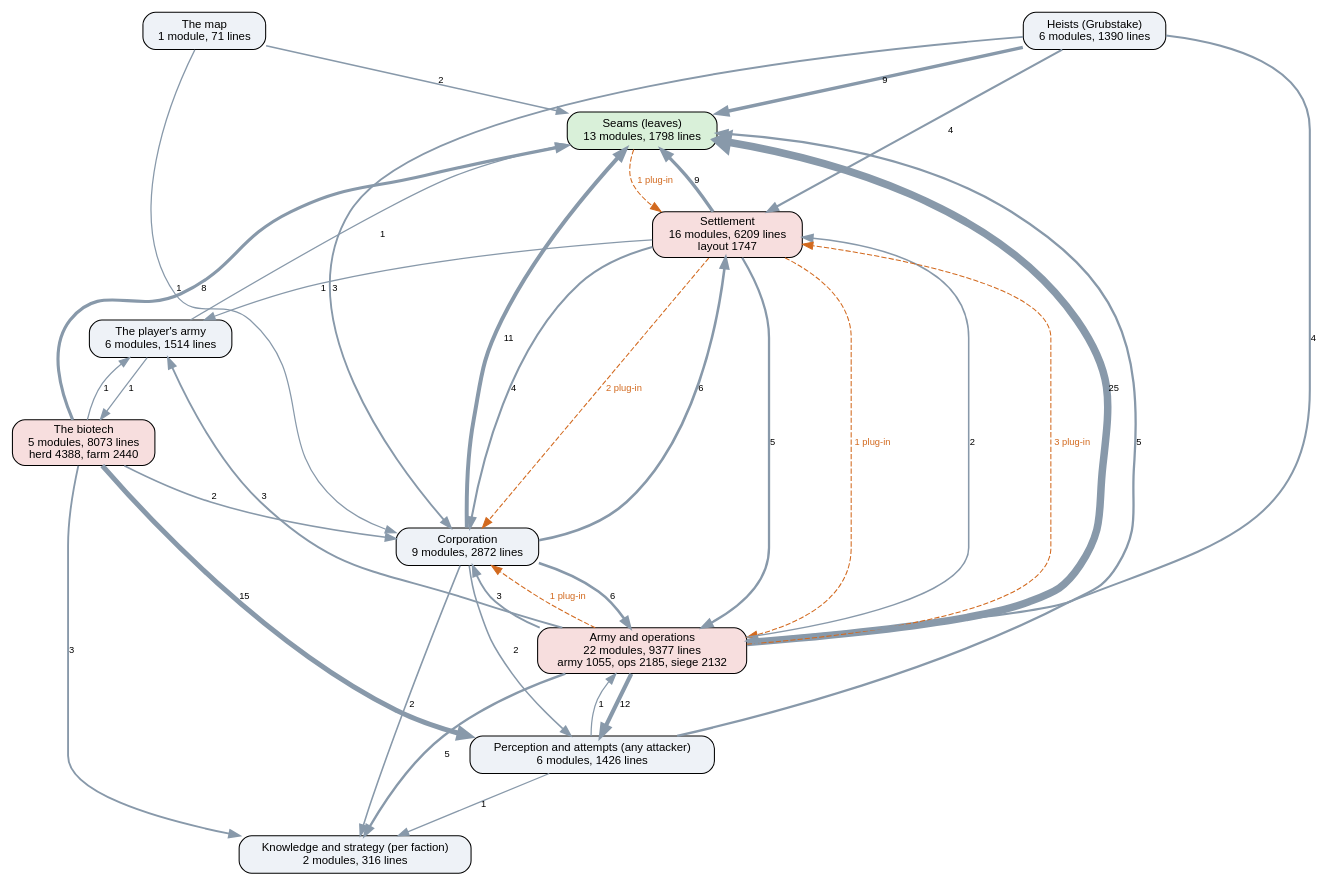
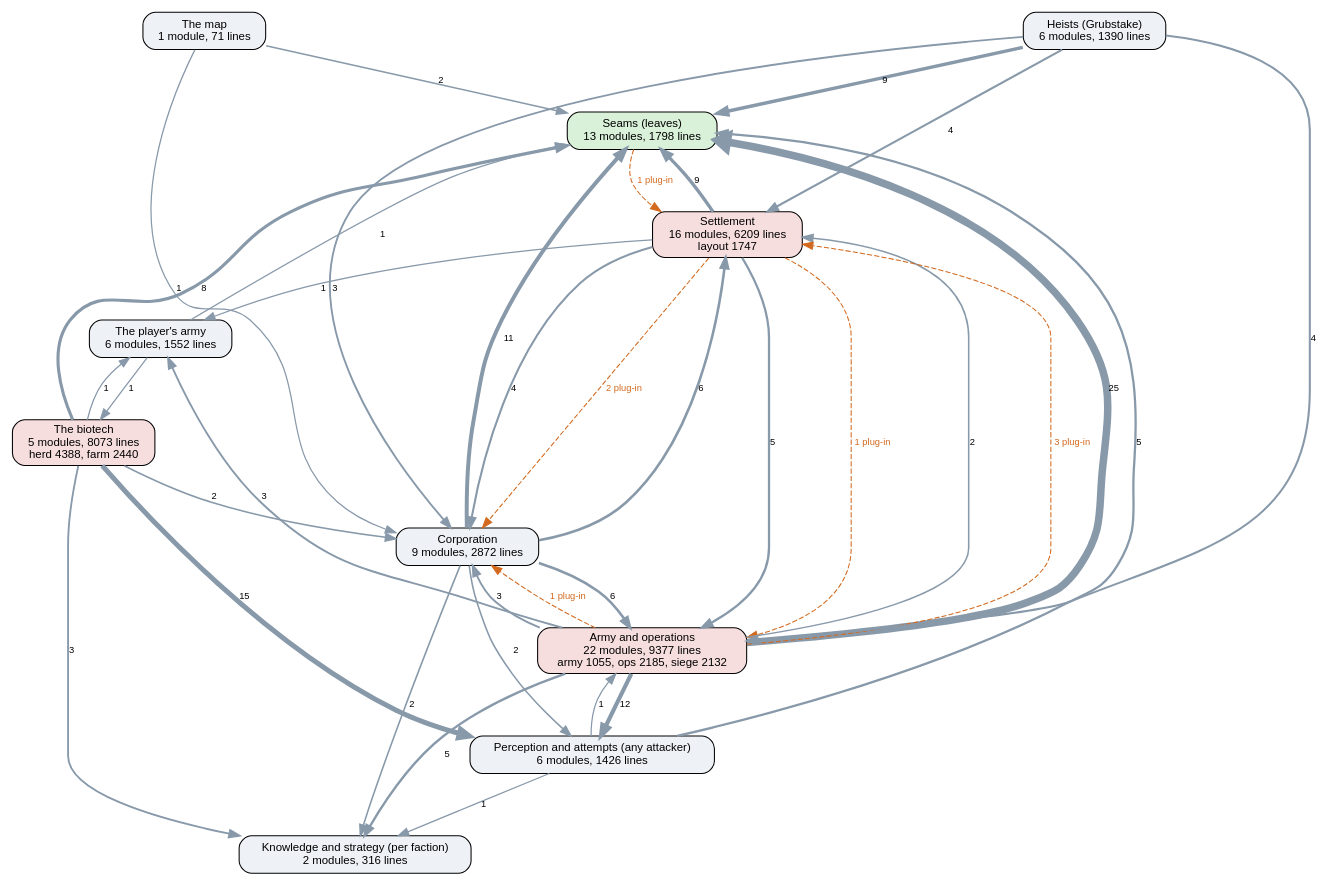
One commit to kinelhu/landing-party changed the diagram in docs/ai-layers.dot. Above: the diagram before and after it, drawn with Graphviz. The commit also changed 12 other files, not shown here.

First line of the commit message:
0.2.340: a selected unit's bar moves on the hit (the player's unit names in the damage filter; seen failing with the hook off); the army panel's All and Idle buttons (scenario cards: 37 and 37, 0 idle after an order)

```diff
--- a/docs/ai-layers.dot
+++ b/docs/ai-layers.dot
@@ -1,51 +1,51 @@
 digraph layers {
   graph [rankdir=TB, fontname="Helvetica", nodesep=0.5, ranksep=0.7];
   node [shape=box, style="rounded,filled", fontname="Helvetica", fontsize=11, fillcolor="#eef2f7"];
   edge [color="#8899aa", fontname="Helvetica", fontsize=9];
   "Seams (leaves)" [label="Seams (leaves)\n13 modules, 1798 lines", fillcolor="#d9f0d9"];
   "Perception and attempts (any attacker)" [label="Perception and attempts (any attacker)\n6 modules, 1426 lines", fillcolor="#eef2f7"];
   "Knowledge and strategy (per faction)" [label="Knowledge and strategy (per faction)\n2 modules, 316 lines", fillcolor="#eef2f7"];
   "Corporation" [label="Corporation\n9 modules, 2872 lines", fillcolor="#eef2f7"];
   "Settlement" [label="Settlement\n16 modules, 6209 lines\nlayout 1747", fillcolor="#f7dede"];
   "Army and operations" [label="Army and operations\n22 modules, 9377 lines\narmy 1055, ops 2185, siege 2132", fillcolor="#f7dede"];
   "Heists (Grubstake)" [label="Heists (Grubstake)\n6 modules, 1390 lines", fillcolor="#eef2f7"];
   "The biotech" [label="The biotech\n5 modules, 8073 lines\nherd 4388, farm 2440", fillcolor="#f7dede"];
   "The map" [label="The map\n1 module, 71 lines", fillcolor="#eef2f7"];
-  "The player's army" [label="The player's army\n6 modules, 1514 lines", fillcolor="#eef2f7"];
+  "The player's army" [label="The player's army\n6 modules, 1552 lines", fillcolor="#eef2f7"];
   "Army and operations" -> "Corporation" [label="3", penwidth=1.8];
   "Army and operations" -> "Knowledge and strategy (per faction)" [label="5", penwidth=2.2];
   "Army and operations" -> "Perception and attempts (any attacker)" [label="12", penwidth=4.0];
   "Army and operations" -> "Seams (leaves)" [label="25", penwidth=7.2];
   "Army and operations" -> "Settlement" [label="2", penwidth=1.5];
   "Army and operations" -> "The player's army" [label="3", penwidth=1.8];
   "Corporation" -> "Army and operations" [label="6", penwidth=2.5];
   "Corporation" -> "Knowledge and strategy (per faction)" [label="2", penwidth=1.5];
   "Corporation" -> "Perception and attempts (any attacker)" [label="2", penwidth=1.5];
   "Corporation" -> "Seams (leaves)" [label="11", penwidth=3.8];
   "Corporation" -> "Settlement" [label="6", penwidth=2.5];
   "Heists (Grubstake)" -> "Army and operations" [label="4", penwidth=2.0];
   "Heists (Grubstake)" -> "Corporation" [label="3", penwidth=1.8];
   "Heists (Grubstake)" -> "Seams (leaves)" [label="9", penwidth=3.2];
   "Heists (Grubstake)" -> "Settlement" [label="4", penwidth=2.0];
   "Perception and attempts (any attacker)" -> "Army and operations" [label="1", penwidth=1.2];
   "Perception and attempts (any attacker)" -> "Knowledge and strategy (per faction)" [label="1", penwidth=1.2];
   "Perception and attempts (any attacker)" -> "Seams (leaves)" [label="5", penwidth=2.2];
   "Settlement" -> "Army and operations" [label="5", penwidth=2.2];
   "Settlement" -> "Corporation" [label="4", penwidth=2.0];
   "Settlement" -> "Seams (leaves)" [label="9", penwidth=3.2];
   "Settlement" -> "The player's army" [label="1", penwidth=1.2];
   "The biotech" -> "Corporation" [label="2", penwidth=1.5];
   "The biotech" -> "Knowledge and strategy (per faction)" [label="3", penwidth=1.8];
   "The biotech" -> "Perception and attempts (any attacker)" [label="15", penwidth=4.8];
   "The biotech" -> "Seams (leaves)" [label="8", penwidth=3.0];
   "The biotech" -> "The player's army" [label="1", penwidth=1.2];
   "The map" -> "Corporation" [label="1", penwidth=1.2];
   "The map" -> "Seams (leaves)" [label="2", penwidth=1.5];
   "The player's army" -> "Seams (leaves)" [label="1", penwidth=1.2];
   "The player's army" -> "The biotech" [label="1", penwidth=1.2];
   "Army and operations" -> "Corporation" [style=dashed, color="#d2691e", fontcolor="#d2691e", label="1 plug-in"];
   "Army and operations" -> "Settlement" [style=dashed, color="#d2691e", fontcolor="#d2691e", label="3 plug-in"];
   "Seams (leaves)" -> "Settlement" [style=dashed, color="#d2691e", fontcolor="#d2691e", label="1 plug-in"];
   "Settlement" -> "Army and operations" [style=dashed, color="#d2691e", fontcolor="#d2691e", label="1 plug-in"];
   "Settlement" -> "Corporation" [style=dashed, color="#d2691e", fontcolor="#d2691e", label="2 plug-in"];
 }
```
